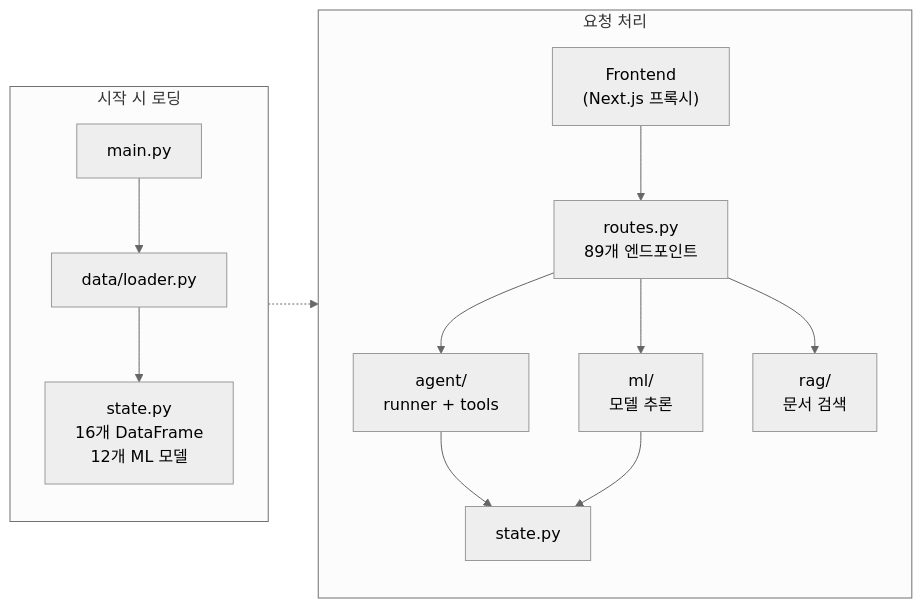
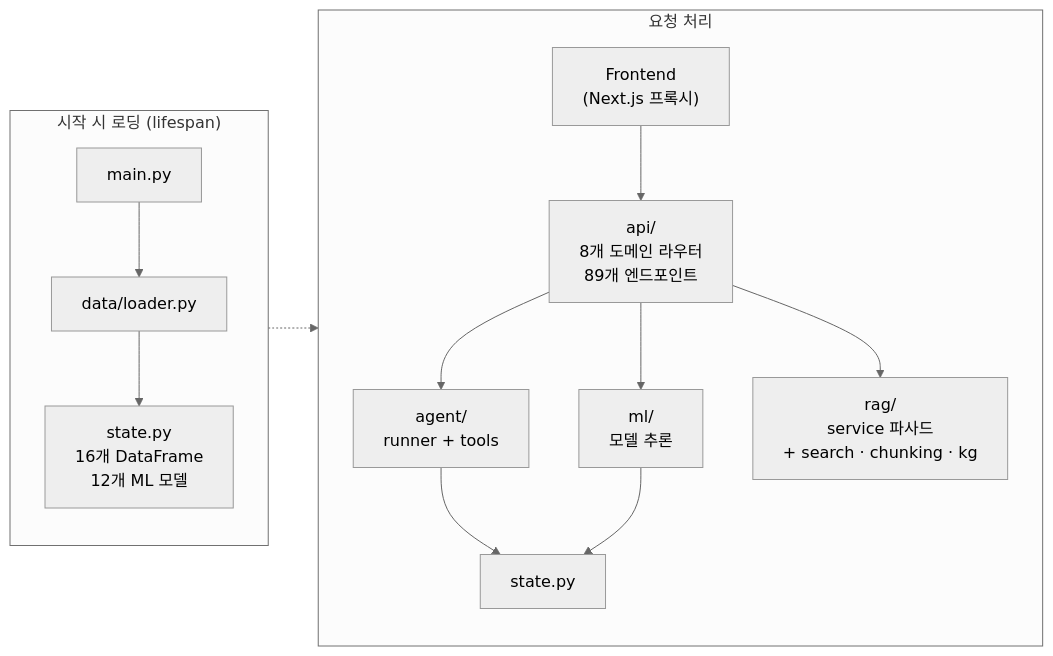
Before and after one commit to ASNGG/cafe24-demo: the third of 7 diagrams in README.md, drawn with Mermaid (neutral theme). The commit also changed other lines of this file and 2 other files, not shown here.

````diff
--- a/README.md
+++ b/README.md
@@ -191,18 +201,18 @@
 ```mermaid
 flowchart LR
-    subgraph Startup["시작 시 로딩"]
+    subgraph Startup["시작 시 로딩 (lifespan)"]
         main["main.py"] --> loader["data/loader.py"]
         loader --> state["state.py<br/>16개 DataFrame<br/>12개 ML 모델"]
     end
 
     subgraph Request["요청 처리"]
-        FE["Frontend<br/>(Next.js 프록시)"] --> routes["routes.py<br/>89개 엔드포인트"]
+        FE["Frontend<br/>(Next.js 프록시)"] --> routes["api/<br/>8개 도메인 라우터<br/>89개 엔드포인트"]
         routes --> agent["agent/<br/>runner + tools"]
         routes --> ml["ml/<br/>모델 추론"]
-        routes --> rag["rag/<br/>문서 검색"]
+        routes --> rag["rag/<br/>service 파사드<br/>+ search · chunking · kg"]
         agent --> state2["state.py"]
         ml --> state2
     end
 
     Startup -.-> Request
 ```
````
